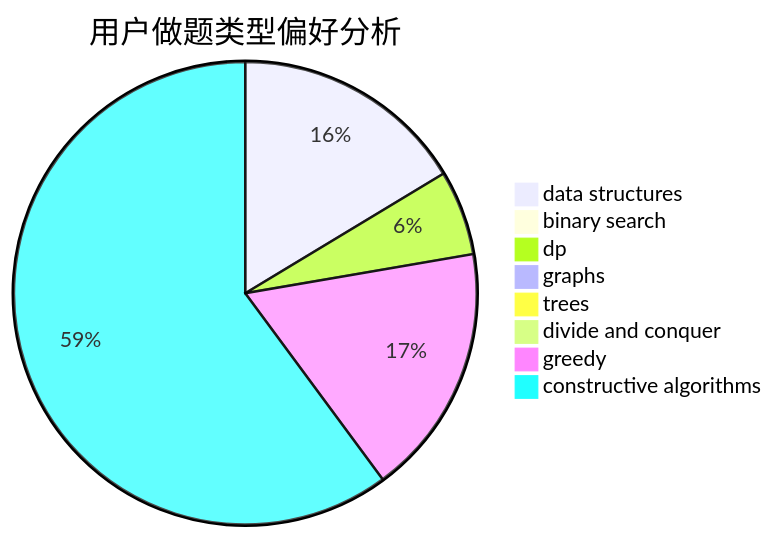
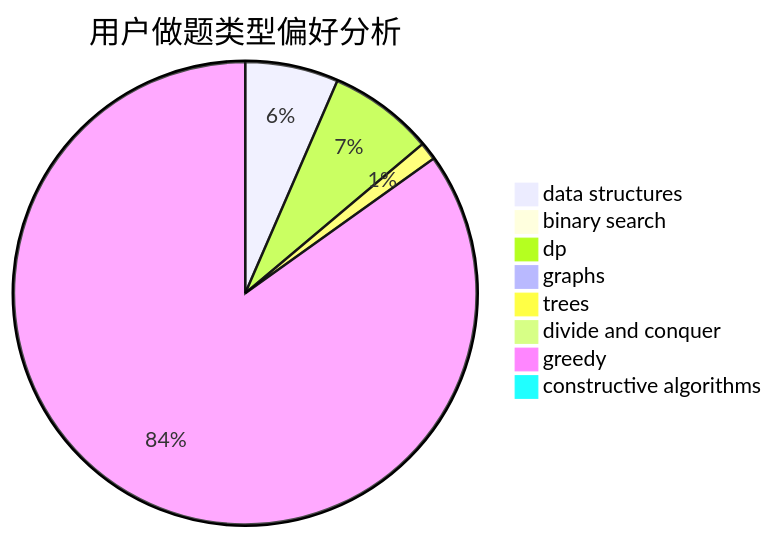
The second of 3 diagrams in docs/user/u1721.md (sherpahu/cfrs.github.io), drawn with Mermaid before and after one commit. The commit also changed other lines of this file and 2770 other files, not shown here.

````diff
--- a/docs/user/u1721.md
+++ b/docs/user/u1721.md
@@ -23,11 +23,11 @@
 ```mermaid
 pie title 用户做题类型偏好分析
-    "data structures" :  80
+    "data structures" :  31
     "binary search" :  3
-    "dp" :  29
-    "graphs" :  4
-    "trees" :  3
+    "dp" :  35
+    "graphs" :  0
+    "trees" :  6
     "divide and conquer" :  3
-    "greedy" :  86
-    "constructive algorithms" :  294
+    "greedy" :  404
+    "constructive algorithms" :  0
 ```
````
